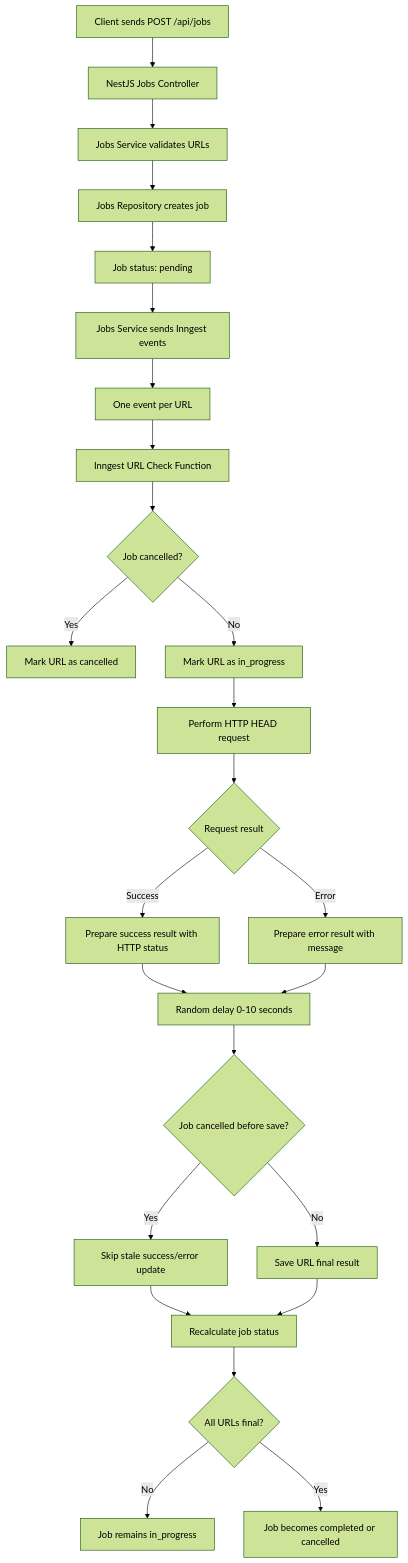
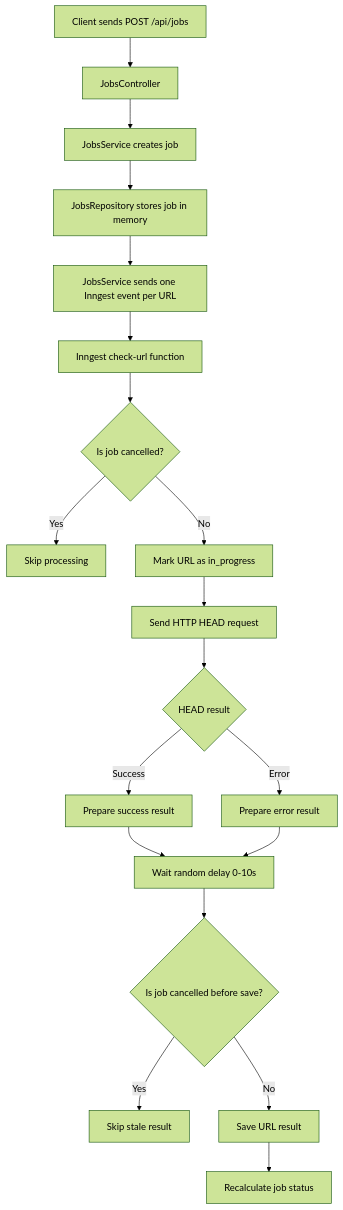
The diagram in docs/diagrams/backend-flow.md (gulalig/url-checker), drawn with Mermaid (forest theme) before and after one commit. The commit also changed other lines of this file and 13 other files, not shown here.

````diff
--- a/docs/diagrams/backend-flow.md
+++ b/docs/diagrams/backend-flow.md
@@ -3,35 +3,28 @@
 ```mermaid
 flowchart TD
-  A["Client sends POST /api/jobs"] --> B["NestJS Jobs Controller"]
-  B --> C["Jobs Service validates URLs"]
-  C --> D["Jobs Repository creates job"]
-  D --> E["Job status: pending"]
-  E --> F["Jobs Service sends Inngest events"]
+  A["Client sends POST /api/jobs"] --> B["JobsController"]
+  B --> C["JobsService creates job"]
+  C --> D["JobsRepository stores job in memory"]
+  D --> E["JobsService sends one Inngest event per URL"]
 
-  F --> G["One event per URL"]
-  G --> H["Inngest URL Check Function"]
+  E --> F["Inngest check-url function"]
+  F --> G{"Is job cancelled?"}
 
-  H --> I{"Job cancelled?"}
-  I -- "Yes" --> J["Mark URL as cancelled"]
-  I -- "No" --> K["Mark URL as in_progress"]
+  G -- "Yes" --> H["Skip processing"]
+  G -- "No" --> I["Mark URL as in_progress"]
 
-  K --> L["Perform HTTP HEAD request"]
-  L --> M{"Request result"}
+  I --> J["Send HTTP HEAD request"]
+  J --> K{"HEAD result"}
 
-  M -- "Success" --> N["Prepare success result with HTTP status"]
-  M -- "Error" --> O["Prepare error result with message"]
+  K -- "Success" --> L["Prepare success result"]
+  K -- "Error" --> M["Prepare error result"]
 
-  N --> P["Random delay 0-10 seconds"]
-  O --> P
+  L --> N["Wait random delay 0-10s"]
+  M --> N
 
-  P --> Q{"Job cancelled before save?"}
-  Q -- "Yes" --> R["Skip stale success/error update"]
-  Q -- "No" --> S["Save URL final result"]
+  N --> O{"Is job cancelled before save?"}
+  O -- "Yes" --> P["Skip stale result"]
+  O -- "No" --> Q["Save URL result"]
 
-  R --> T["Recalculate job status"]
-  S --> T
-
-  T --> U{"All URLs final?"}
-  U -- "No" --> V["Job remains in_progress"]
-  U -- "Yes" --> W["Job becomes completed or cancelled"]
+  Q --> R["Recalculate job status"]
 ```
````
